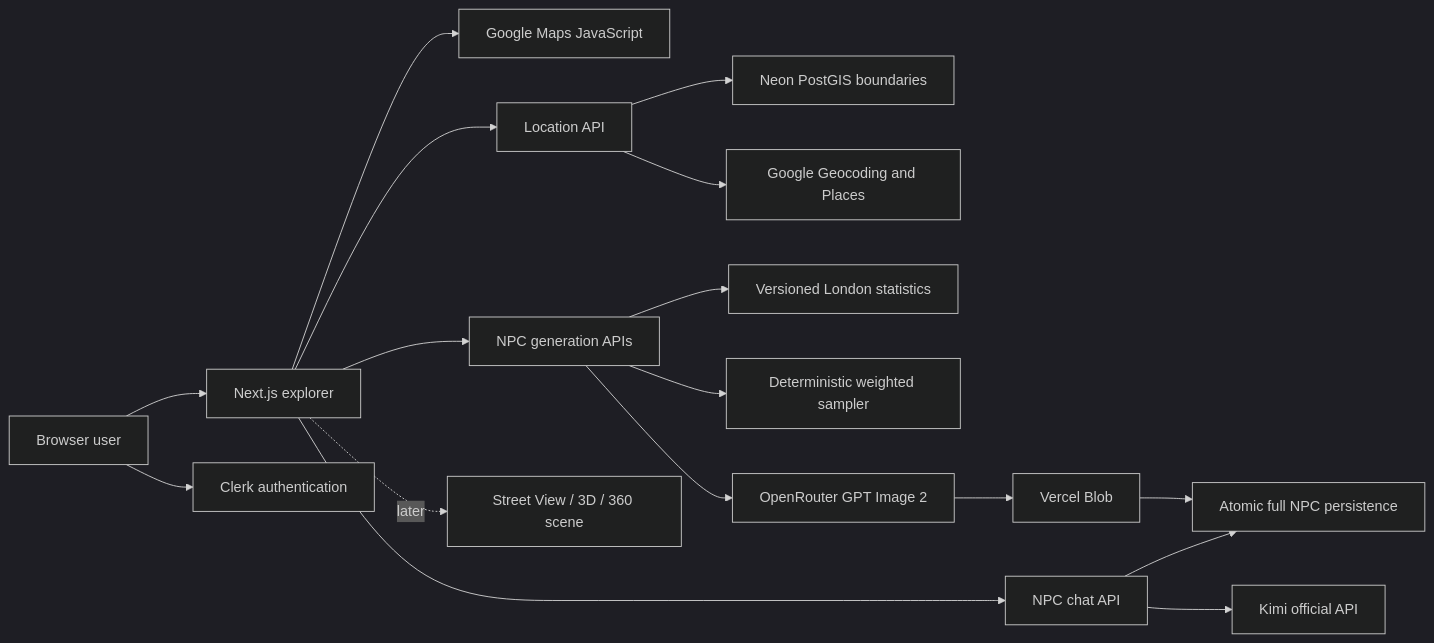
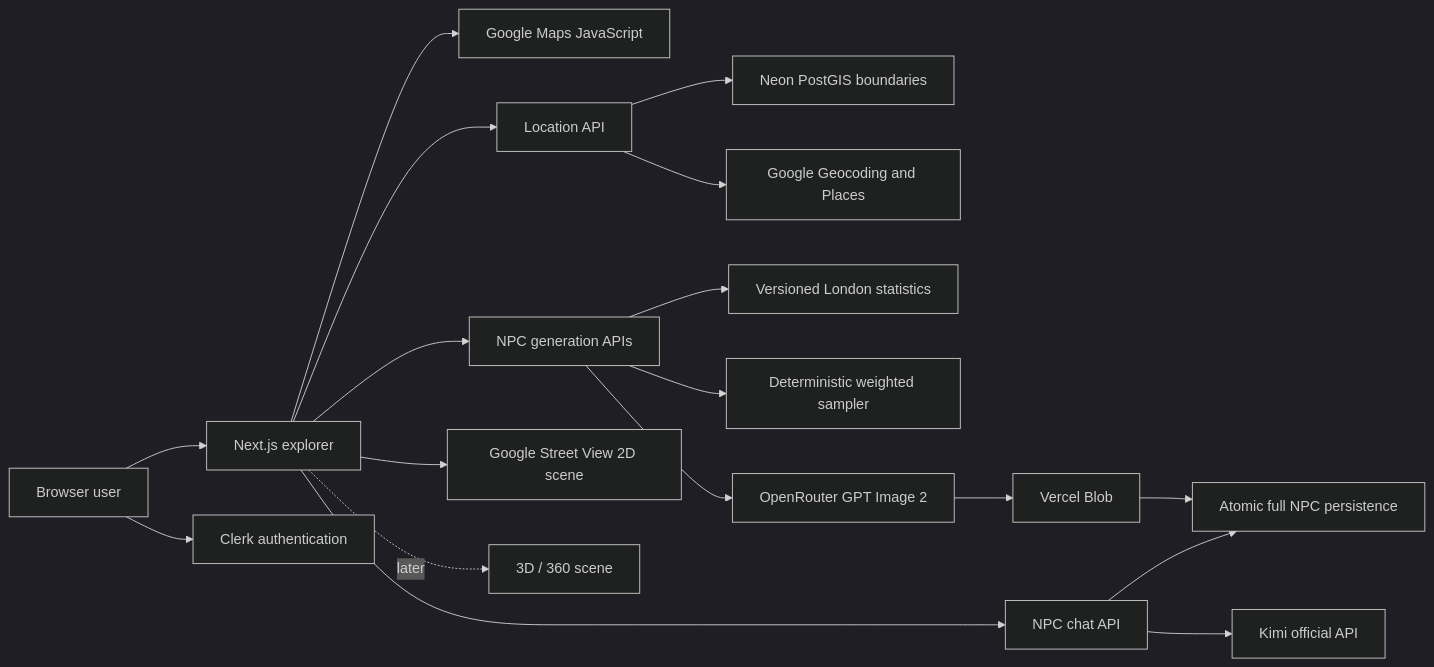
Before and after one commit to MrParamecium/london-npc-explorer: the diagram in docs/HANDOFF.md, drawn with Mermaid (dark theme). The commit also changed other lines of this file and 5 other files, not shown here.

Commit message:
feat: add real Google Street View mode

````diff
--- a/docs/HANDOFF.md
+++ b/docs/HANDOFF.md
@@ -95,19 +96,20 @@
 ```mermaid
 flowchart LR
     USER[Browser user] --> UI[Next.js explorer]
     USER --> CLERK[Clerk authentication]
     UI --> MAP[Google Maps JavaScript]
     UI --> LOCAPI[Location API]
     LOCAPI --> POSTGIS[Neon PostGIS boundaries]
     LOCAPI --> GOOGLE[Google Geocoding and Places]
     UI --> NPCAPI[NPC generation APIs]
     NPCAPI --> STATS[Versioned London statistics]
     NPCAPI --> SAMPLER[Deterministic weighted sampler]
     NPCAPI --> PORTRAIT[OpenRouter GPT Image 2]
     PORTRAIT --> BLOB[Vercel Blob]
     BLOB --> DB[Atomic full NPC persistence]
     UI --> CHATAPI[NPC chat API]
     CHATAPI --> KIMI[Kimi official API]
     CHATAPI --> DB
-    UI -. later .-> STREET[Street View / 3D / 360 scene]
+    UI --> STREET[Google Street View 2D scene]
+    UI -. later .-> SCENE3D[3D / 360 scene]
 ```
````
